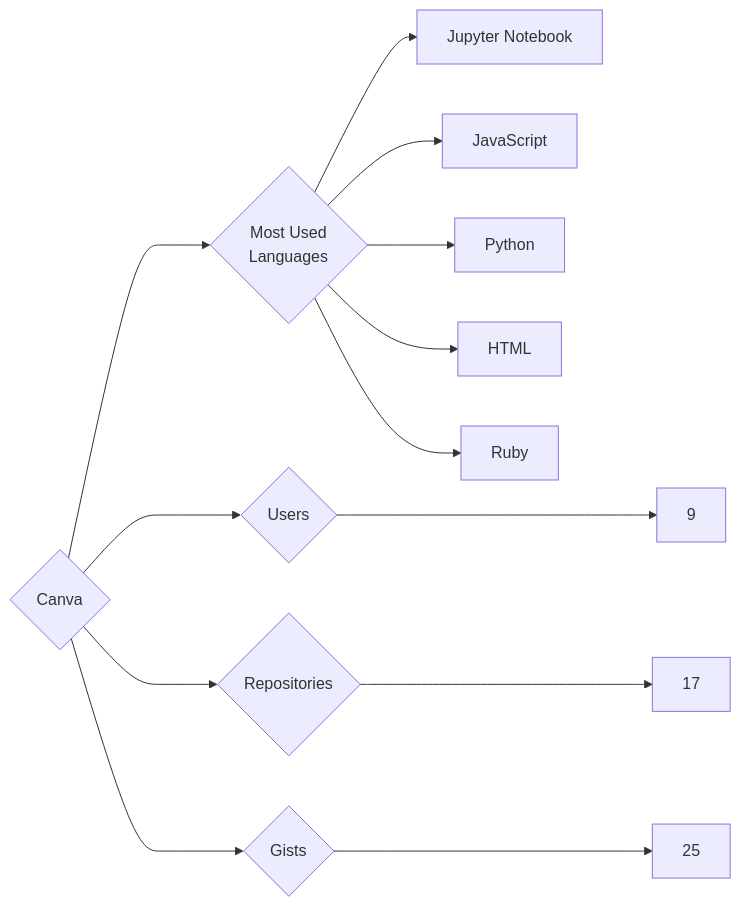
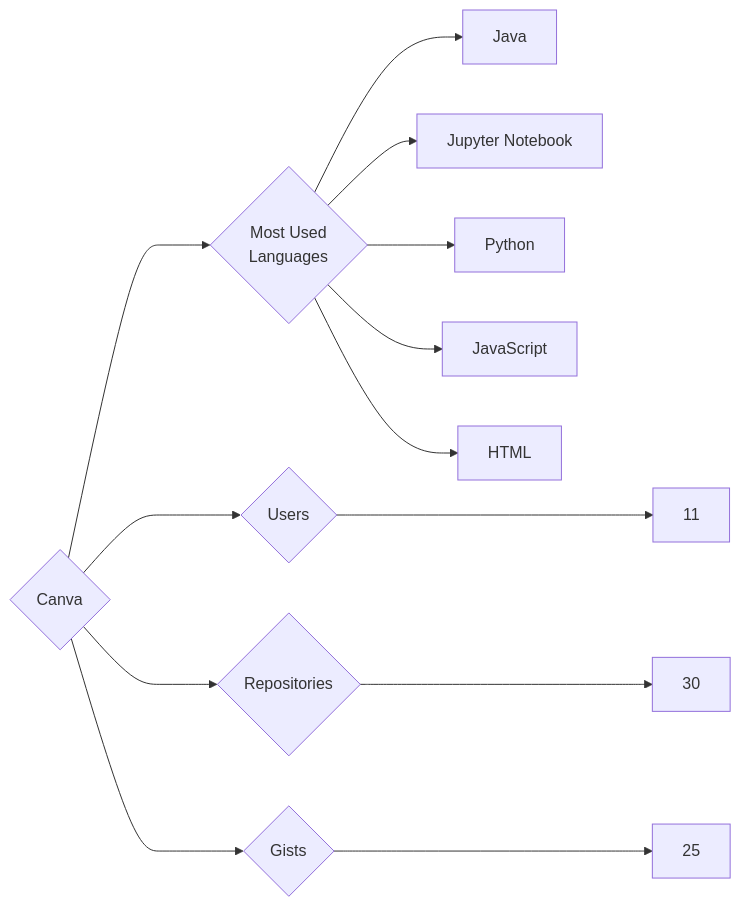
Before and after one commit to trickest/insiders: the diagram in targets/Canva/README.md, drawn with Mermaid. The commit also changed 1088 other files, not shown here.

````diff
--- a/targets/Canva/README.md
+++ b/targets/Canva/README.md
@@ -3,13 +3,13 @@
 ```mermaid
 graph LR
 COMPANY_NAME{Canva}
-COMPANY_NAME ---> U{Users} ---> UN[9]
-COMPANY_NAME ---> R{Repositories} ---> RN[17]
+COMPANY_NAME ---> U{Users} ---> UN[11]
+COMPANY_NAME ---> R{Repositories} ---> RN[30]
 COMPANY_NAME ---> G{Gists} ---> GN[25]
 COMPANY_NAME ---> ML{Most Used<br>Languages}
+ML --> Java[Java]
 ML --> Jupyter_Notebook[Jupyter Notebook]
+ML --> Python[Python]
 ML --> JavaScript[JavaScript]
-ML --> Python[Python]
 ML --> HTML[HTML]
-ML --> Ruby[Ruby]
 ```
````
